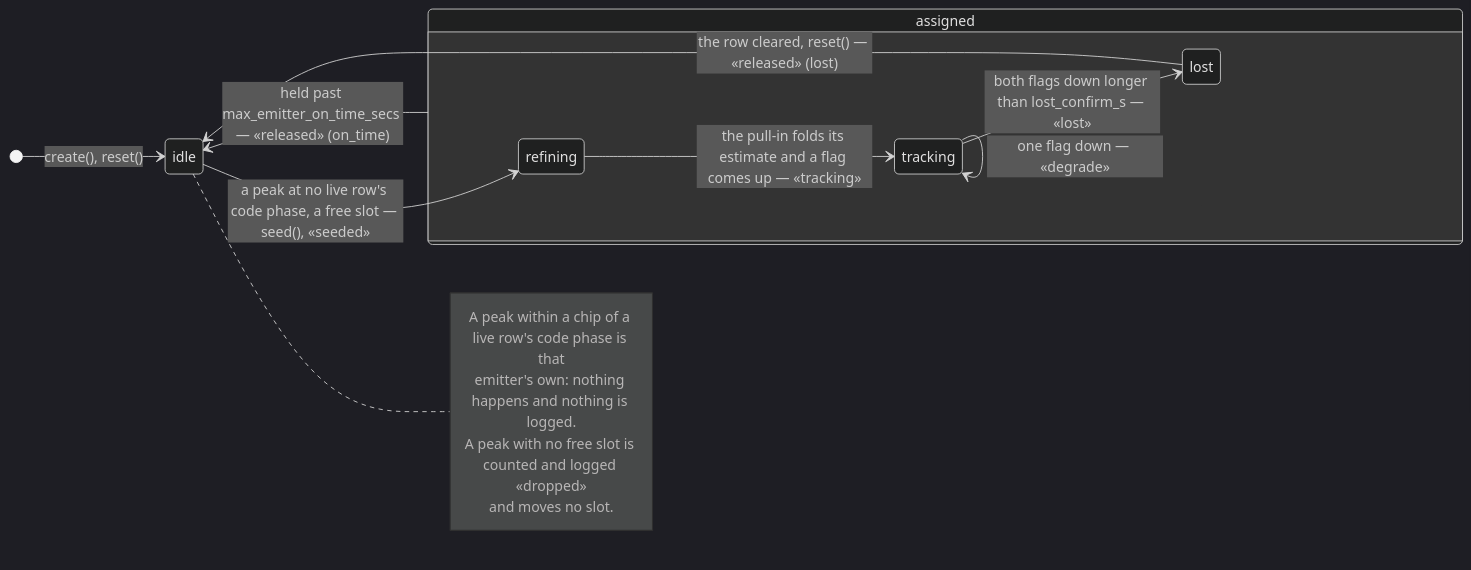
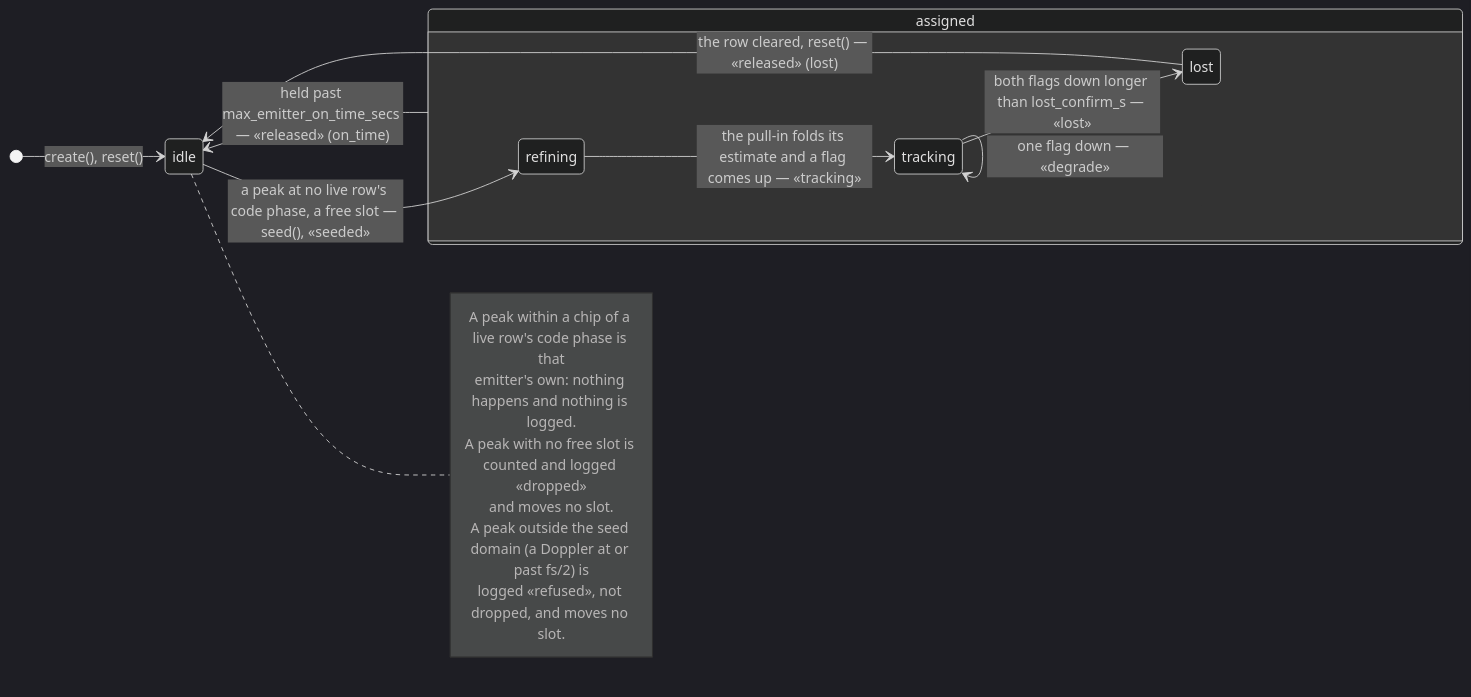
The third of 3 diagrams in docs/design/async-dsss-receiver.md (doppler-dsp/doppler), drawn with Mermaid (dark theme) before and after one commit. The commit also changed other lines of this file and 30 other files, not shown here.

````diff
--- a/docs/design/async-dsss-receiver.md
+++ b/docs/design/async-dsss-receiver.md
@@ -879,19 +880,21 @@
 ```mermaid
 stateDiagram-v2
     direction LR
     [*] --> idle : create(), reset()
     idle --> refining : a peak at no live row's code phase, a free slot — seed(), «seeded»
     state assigned {
         refining --> tracking : the pull-in folds its estimate and a flag comes up — «tracking»
         tracking --> tracking : one flag down — «degrade»
         tracking --> lost : both flags down longer than lost_confirm_s — «lost»
     }
     lost --> idle : the row cleared, reset() — «released» (lost)
     assigned --> idle : held past max_emitter_on_time_secs — «released» (on_time)
     note right of idle
         A peak within a chip of a live row's code phase is that
         emitter's own: nothing happens and nothing is logged.
         A peak with no free slot is counted and logged «dropped»
         and moves no slot.
+        A peak outside the seed domain (a Doppler at or past fs/2) is
+        logged «refused», not dropped, and moves no slot.
     end note
 ```
````
